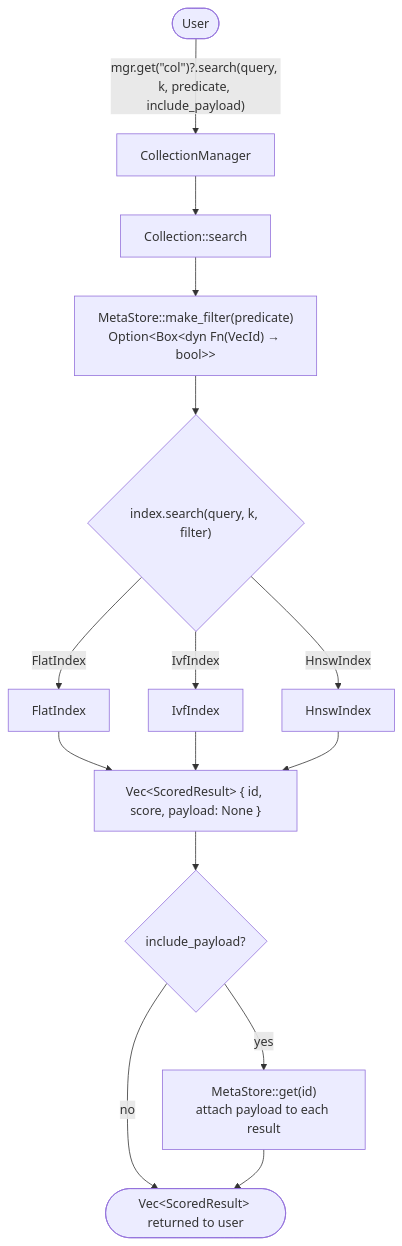
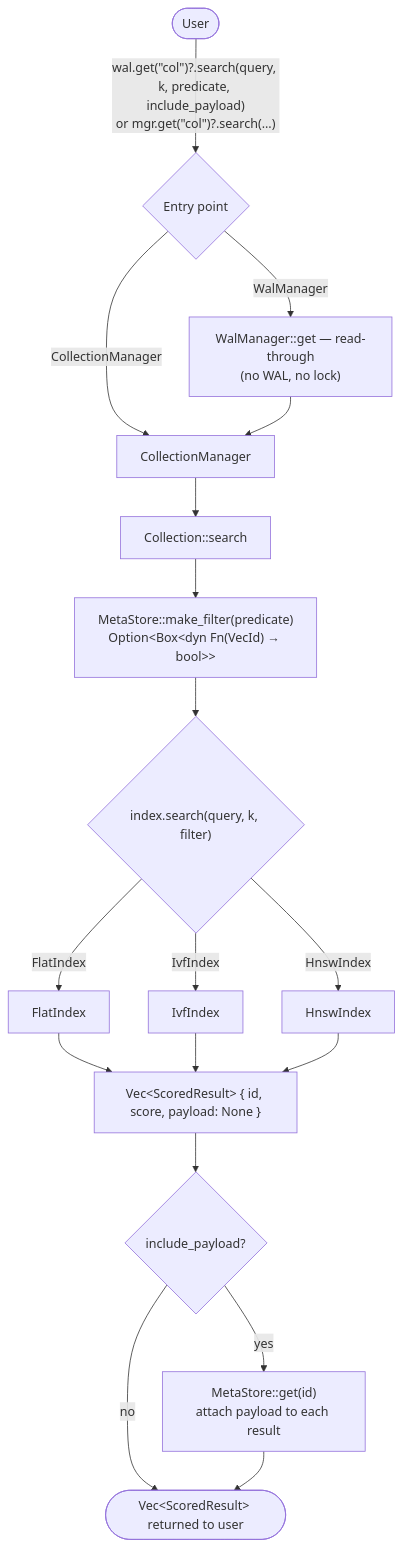
Before and after one commit to PhVHoang/likhadb: the first of 7 diagrams in README.md, drawn with Mermaid. The commit also changed other lines of this file and 9 other files, not shown here.

````diff
--- a/README.md
+++ b/README.md
@@ -31,15 +32,18 @@
 ```mermaid
 flowchart TD
-    U([User]) -->|"mgr.get(&quot;col&quot;)?.search(query, k, predicate, include_payload)"| CM[CollectionManager]
+    U([User]) -->|"wal.get(&quot;col&quot;)?.search(query, k, predicate, include_payload)\nor mgr.get(&quot;col&quot;)?.search(...)"| EP{Entry point}
+    EP -->|WalManager| WAL_RD["WalManager::get — read-through\n(no WAL, no lock)"]
+    EP -->|CollectionManager| CM[CollectionManager]
+    WAL_RD --> CM
     CM --> C[Collection::search]
     C --> MF["MetaStore::make_filter(predicate)\nOption&lt;Box&lt;dyn Fn(VecId) → bool&gt;&gt;"]
     MF --> IDX{"index.search(query, k, filter)"}
     IDX -->|FlatIndex| FL[FlatIndex]
     IDX -->|IvfIndex| IV[IvfIndex]
     IDX -->|HnswIndex| HN[HnswIndex]
     FL & IV & HN --> RES["Vec&lt;ScoredResult&gt; { id, score, payload: None }"]
     RES --> PL{"include_payload?"}
     PL -->|yes| META["MetaStore::get(id)\nattach payload to each result"]
     PL -->|no| OUT
     META --> OUT([Vec&lt;ScoredResult&gt; returned to user])
 ```
````
